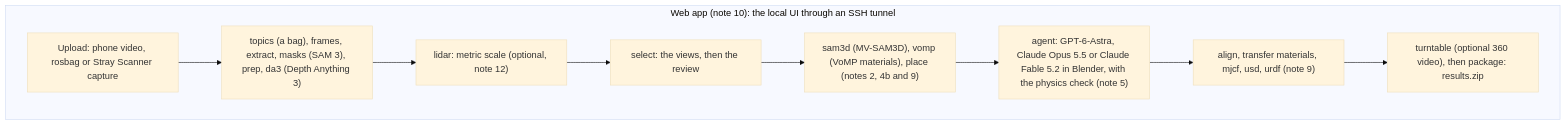
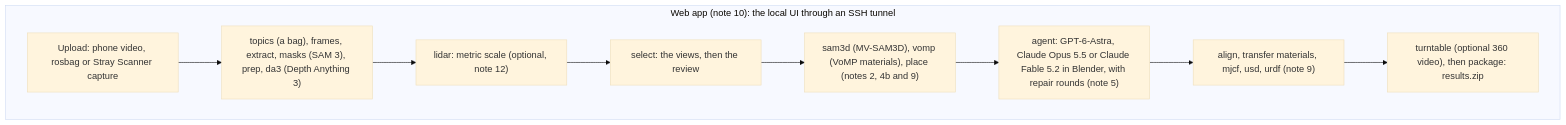
Before and after one commit to lunarlab-gatech/HARPOR: the diagram in docs/build_plan.md, drawn with Mermaid (base theme). The commit also changed other lines of this file and 25 other files, not shown here.

Commit message:
removed agent physics reivew

````diff
--- a/docs/build_plan.md
+++ b/docs/build_plan.md
@@ -82,14 +81,14 @@
 ```mermaid
 flowchart TB
   subgraph WEB["Web app (note 10): the local UI through an SSH tunnel"]
     input["Upload: phone video, rosbag or Stray Scanner capture"]
     analyze["topics (a bag), frames, extract, masks (SAM 3), prep, da3 (Depth Anything 3)"]
     lidar["lidar: metric scale (optional, note 12)"]
     select["select: the views, then the review"]
     stageA["sam3d (MV-SAM3D), vomp (VoMP materials), place (notes 2, 4b and 9)"]
-    agent["agent: GPT-6-Astra, Claude Opus 5.5 or Claude Fable 5.2 in Blender, with the physics check (note 5)"]
+    agent["agent: GPT-6-Astra, Claude Opus 5.5 or Claude Fable 5.2 in Blender, with repair rounds (note 5)"]
     physics["align, transfer materials, mjcf, usd, urdf (note 9)"]
     package["turntable (optional 360 video), then package: results.zip"]
   end
   input --> analyze --> lidar --> select --> stageA --> agent --> physics --> package
 ```
````
